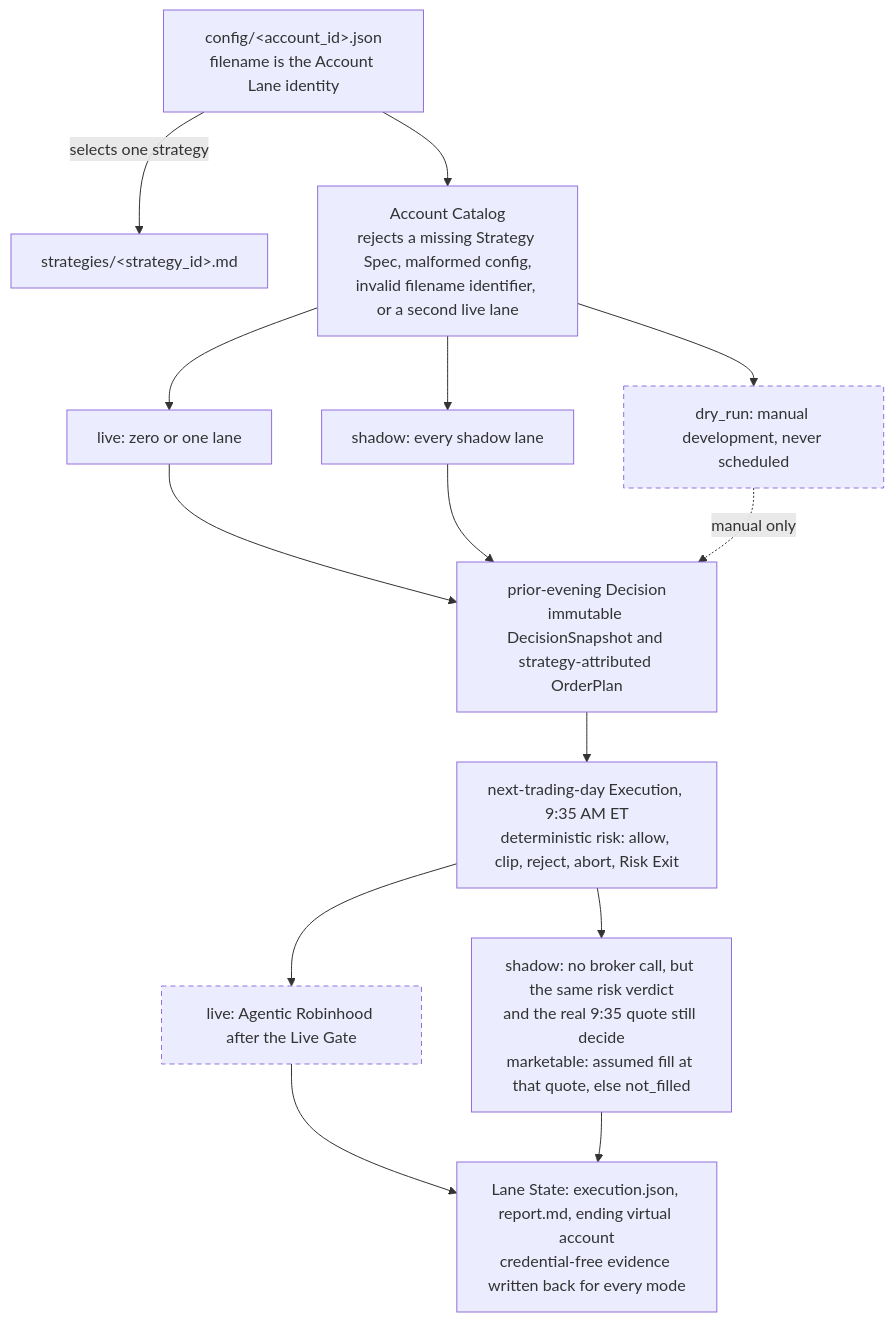
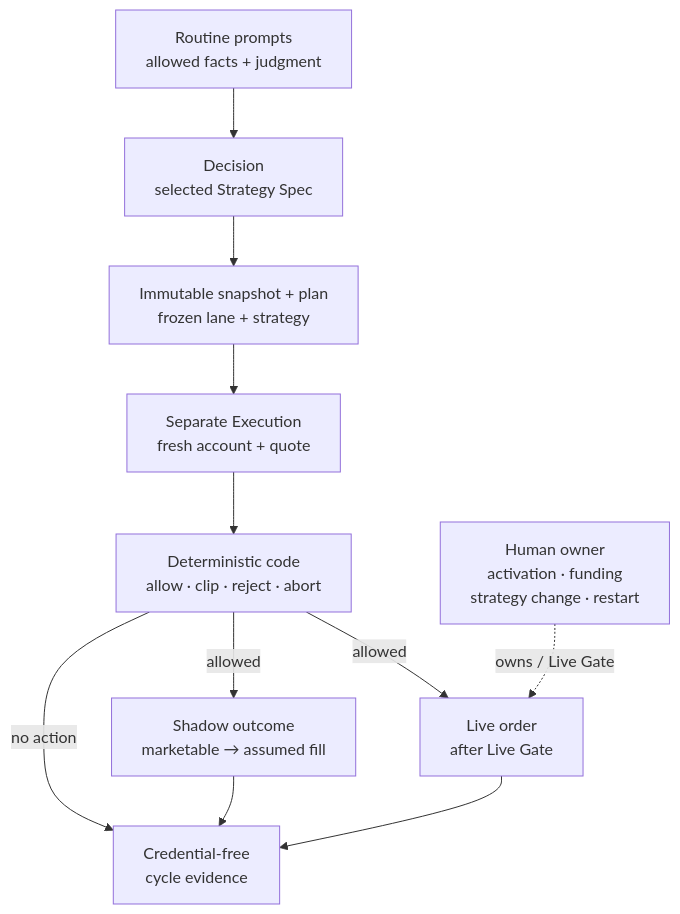
The first of 2 diagrams in README.md (Alicia1529/ripple-agentic-trading), drawn with Mermaid before and after one commit. The commit also changed other lines of this file and 3 other files, not shown here.

````diff
--- a/README.md
+++ b/README.md
@@ -33,30 +9,13 @@
 ```mermaid
 flowchart TD
-    CFG["config/&lt;account_id&gt;.json<br/>filename is the Account Lane identity"]
-    SPEC["strategies/&lt;strategy_id&gt;.md"]
-    CAT["Account Catalog<br/>rejects a missing Strategy Spec, malformed config,<br/>invalid filename identifier, or a second live lane"]
-
-    CFG -->|"selects one strategy"| SPEC
-    CFG --> CAT
-
-    CAT --> LIVE["live: zero or one lane"]
-    CAT --> SHDW["shadow: every shadow lane"]
-    CAT --> DRY["dry_run: manual development, never scheduled"]
-
-    LIVE --> DEC
-    SHDW --> DEC
-    DRY -.->|"manual only"| DEC
-
-    DEC["prior-evening Decision<br/>immutable DecisionSnapshot and strategy-attributed OrderPlan"]
-    DEC --> EXE["next-trading-day Execution, 9:35 AM ET<br/>deterministic risk: allow, clip, reject, abort, Risk Exit"]
-
-    EXE --> L["live: Agentic Robinhood after the Live Gate"]
-    EXE --> S["shadow: no broker call, but the same risk verdict<br/>and the real 9:35 quote still decide<br/>marketable: assumed fill at that quote, else not_filled"]
-
-    L --> ST
-    S --> ST
-    ST["Lane State: execution.json, report.md, ending virtual account<br/>credential-free evidence written back for every mode"]
-
-    classDef gated stroke-dasharray: 5 4;
-    class L,DRY gated;
+    P["Routine prompts<br/>allowed facts + judgment"] --> D["Decision<br/>selected Strategy Spec"]
+    D --> B["Immutable snapshot + plan<br/>frozen lane + strategy"]
+    B --> X["Separate Execution<br/>fresh account + quote"]
+    X --> R["Deterministic code<br/>allow · clip · reject · abort"]
+    R -->|"no action"| E["Credential-free<br/>cycle evidence"]
+    R -->|"allowed"| S["Shadow outcome<br/>marketable → assumed fill"]
+    R -->|"allowed"| L["Live order<br/>after Live Gate"]
+    L --> E
+    S --> E
+    H["Human owner<br/>activation · funding<br/>strategy change · restart"] -. "owns / Live Gate" .-> L
 ```
````
